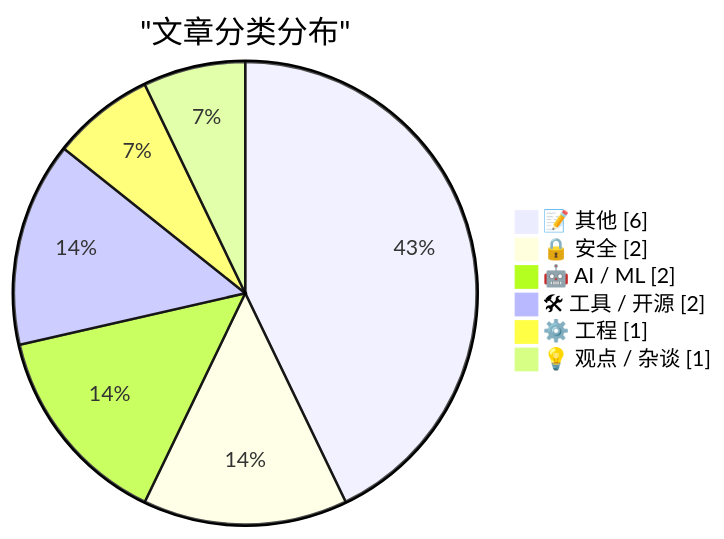
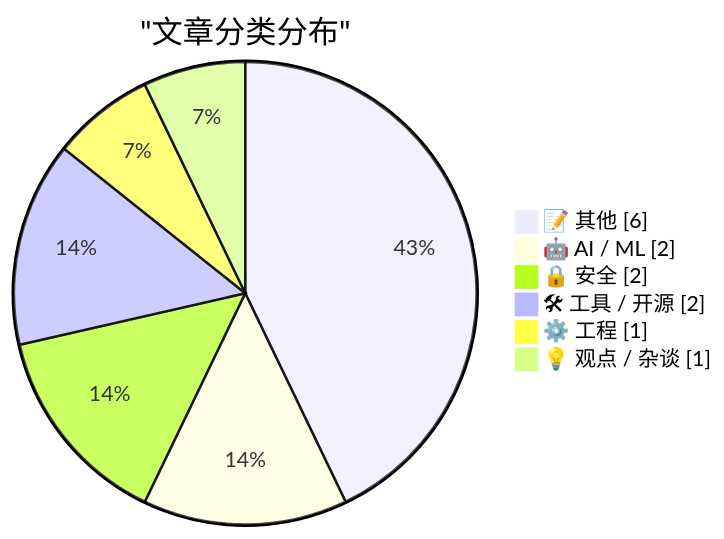
The first of 2 diagrams in digest-20260301.md (gitmeus/daily-reports), drawn with Mermaid before and after one commit. The commit also changed other lines of this file, not shown here.

````diff
--- a/digest-20260301.md
+++ b/digest-20260301.md
@@ -53,10 +53,10 @@
 ```mermaid
 pie showData
     title "文章分类分布"
     "📝 其他" : 6
+    "🤖 AI / ML" : 2
     "🔒 安全" : 2
-    "🤖 AI / ML" : 2
     "🛠 工具 / 开源" : 2
     "⚙️ 工程" : 1
     "💡 观点 / 杂谈" : 1
 ```
````
